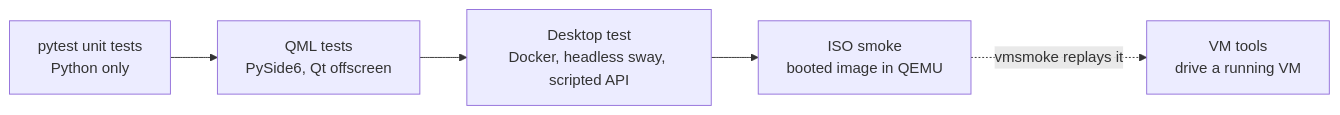
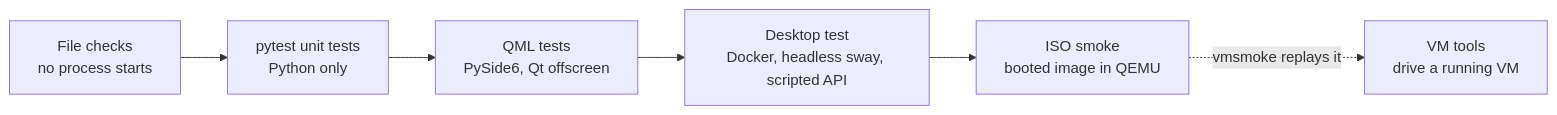
One commit to thedefaultman/Bombadil changed the first of 2 diagrams in docs/contributing/development.md. Above: the diagram before and after it, drawn with Mermaid. The commit also changed other lines of this file and 31 other files, not shown here.

````diff
--- a/docs/contributing/development.md
+++ b/docs/contributing/development.md
@@ -150,7 +158,8 @@
 ```mermaid
 flowchart LR
-    A["pytest unit tests<br/>Python only"] --> B["QML tests<br/>PySide6, Qt offscreen"]
+    F["File checks<br/>no process starts"] --> A["pytest unit tests<br/>Python only"]
+    A --> B["QML tests<br/>PySide6, Qt offscreen"]
     B --> C["Desktop test<br/>Docker, headless sway, scripted API"]
     C --> D["ISO smoke<br/>booted image in QEMU"]
     D -.->|"vmsmoke replays it"| E["VM tools<br/>drive a running VM"]
 ```
````
